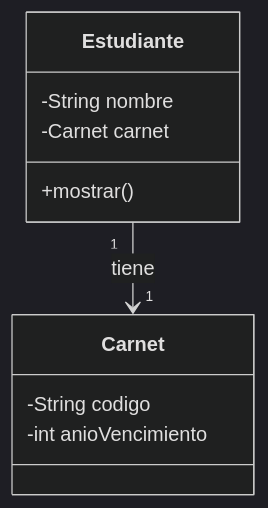
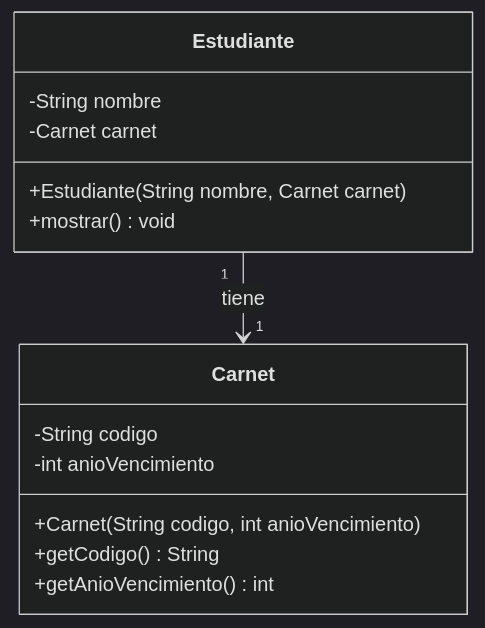
Before and after one commit to CursosProgramacionEP/USIL_SEMANA09: the first of 6 diagrams in EJERCICIOS_CLASE.md, drawn with Mermaid (dark theme). The commit also changed other lines of this file, not shown here.

Commit message:
Prácticas: diagramas UML completos (atributos, constructores, getters y métodos)

````diff
--- a/EJERCICIOS_CLASE.md
+++ b/EJERCICIOS_CLASE.md
@@ -22,13 +23,17 @@
 ```mermaid
 classDiagram
     class Estudiante {
         -String nombre
         -Carnet carnet
-        +mostrar()
+        +Estudiante(String nombre, Carnet carnet)
+        +mostrar() void
     }
     class Carnet {
         -String codigo
         -int anioVencimiento
+        +Carnet(String codigo, int anioVencimiento)
+        +getCodigo() String
+        +getAnioVencimiento() int
     }
     Estudiante "1" --> "1" Carnet : tiene
 ```
````
